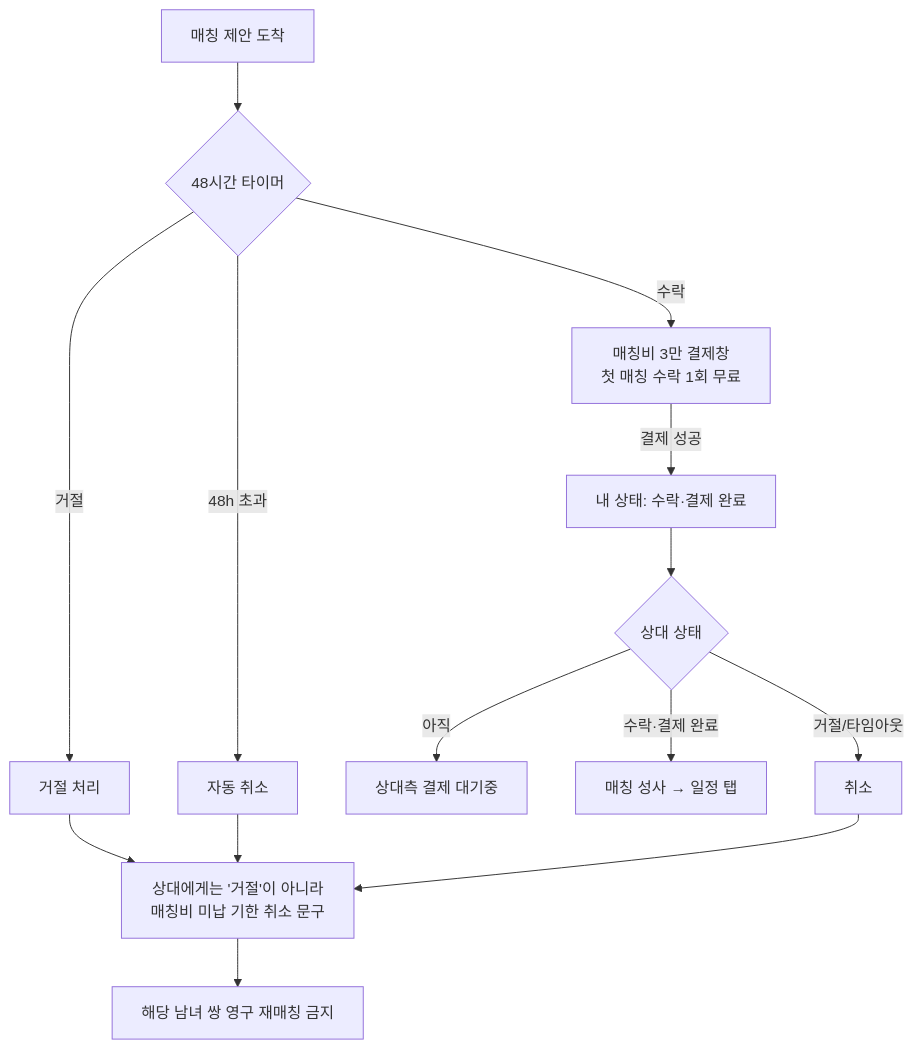
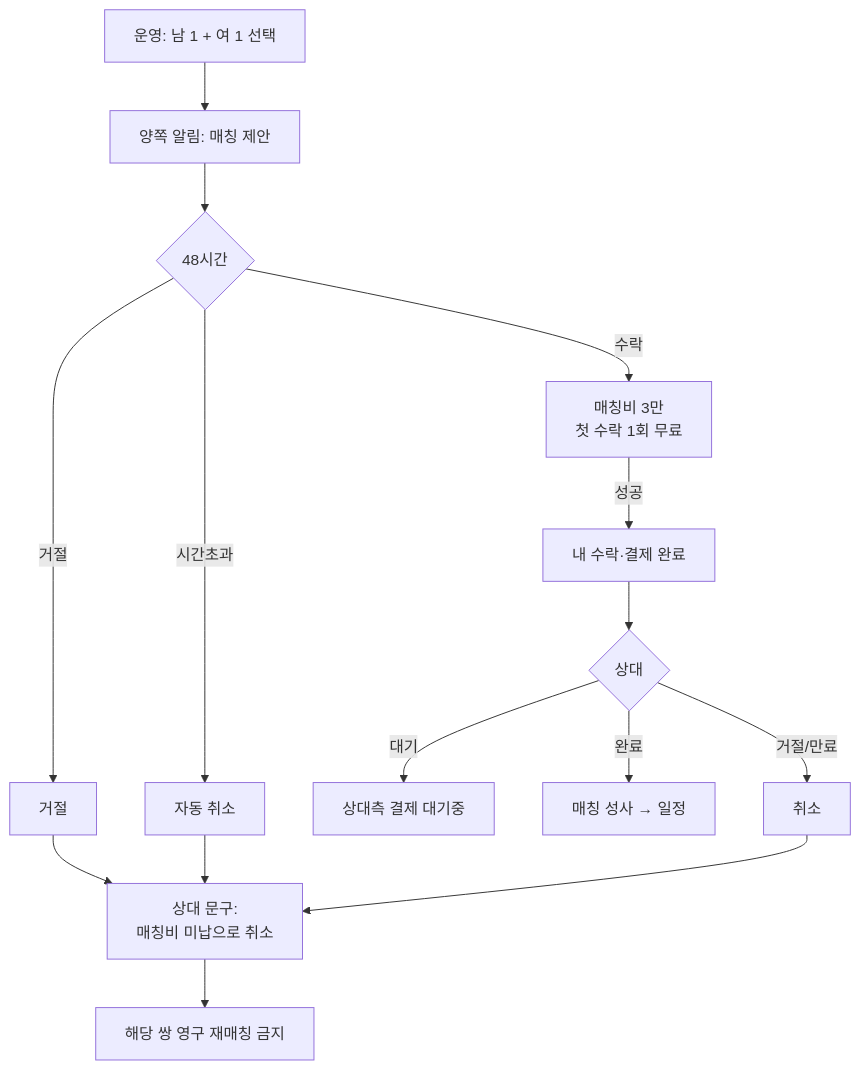
Before and after one commit to youjinni11/rebom-app: the fourth of 6 diagrams in docs/FLOWCHART.md, drawn with Mermaid. The commit also changed other lines of this file and 3 other files, not shown here.

First line of the commit message:
문서: GitHub용 플로우차트·프레임워크 확정본 정리

````diff
--- a/docs/FLOWCHART.md
+++ b/docs/FLOWCHART.md
@@ -333,18 +101,17 @@
 ```mermaid
 flowchart TD
-  P["매칭 제안 도착"] --> T{"48시간 타이머"}
-  T -->|수락| PAY["매칭비 3만 결제창<br/>첫 매칭 수락 1회 무료"]
-  PAY -->|결제 성공| S1["내 상태: 수락·결제 완료"]
-  T -->|거절| RJ["거절 처리"]
-  T -->|48h 초과| TO["자동 취소"]
-
-  S1 --> OTHER{"상대 상태"}
-  OTHER -->|아직| WAIT["상대측 결제 대기중"]
-  OTHER -->|수락·결제 완료| OK["매칭 성사 → 일정 탭"]
-  OTHER -->|거절/타임아웃| CX["취소"]
-
-  RJ --> MSG["상대에게는 '거절'이 아니라<br/>매칭비 미납 기한 취소 문구"]
-  TO --> MSG
+  OPS[운영: 남 1 + 여 1 선택] --> N[양쪽 알림: 매칭 제안]
+  N --> T{48시간}
+  T -->|수락| PAY[매칭비 3만<br/>첫 수락 1회 무료]
+  PAY -->|성공| ME[내 수락·결제 완료]
+  T -->|거절| RJ[거절]
+  T -->|시간초과| EX[자동 취소]
+  ME --> OT{상대}
+  OT -->|대기| W[상대측 결제 대기중]
+  OT -->|완료| OK[매칭 성사 → 일정]
+  OT -->|거절/만료| CX[취소]
+  RJ --> MSG[상대 문구:<br/>매칭비 미납으로 취소]
+  EX --> MSG
   CX --> MSG
-  MSG --> BAN["해당 남녀 쌍 영구 재매칭 금지"]
+  MSG --> BAN[해당 쌍 영구 재매칭 금지]
 ```
````
